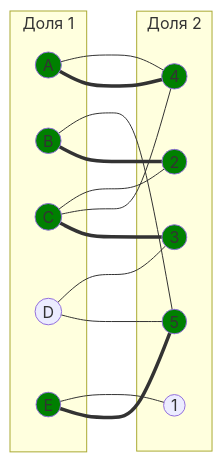
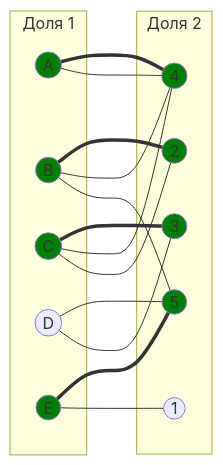
Before and after one commit to algos-ris-24-5/manual-tasks: the seventh of 9 diagrams in Задание 8/DIVI.md, drawn with Mermaid. The commit also changed other lines of this file, not shown here.

````diff
--- a/Задание 8/DIVI.md
+++ b/Задание 8/DIVI.md
@@ -317,37 +276,38 @@
 ```mermaid
 graph LR
     subgraph "Доля 1"
         A((A))
         B((B))
         C((C))
         D((D))
         E((E))
     end
     subgraph "Доля 2"
         1((1))
         2((2))
         3((3))
         4((4))
         5((5))
     end
     A --- 4
     B --- 5
+    B --- 4
     C --- 2
     C --- 4
     D --- 3
     D --- 5
     E --- 1
     A === 4
     B === 2
     C === 3
     E === 5
     
     style A fill:#008000
     style B fill:#008000
     style C fill:#008000
     style E fill:#008000
     style 2 fill:#008000
     style 3 fill:#008000
     style 4 fill:#008000
     style 5 fill:#008000
 ```
````
